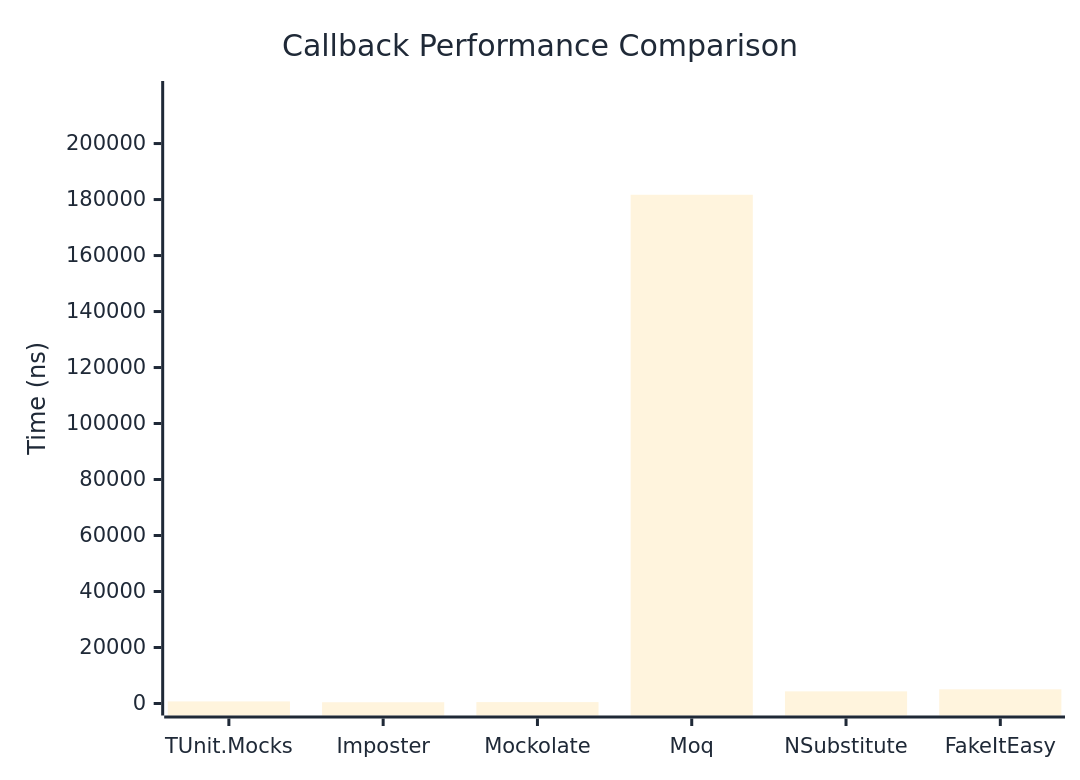
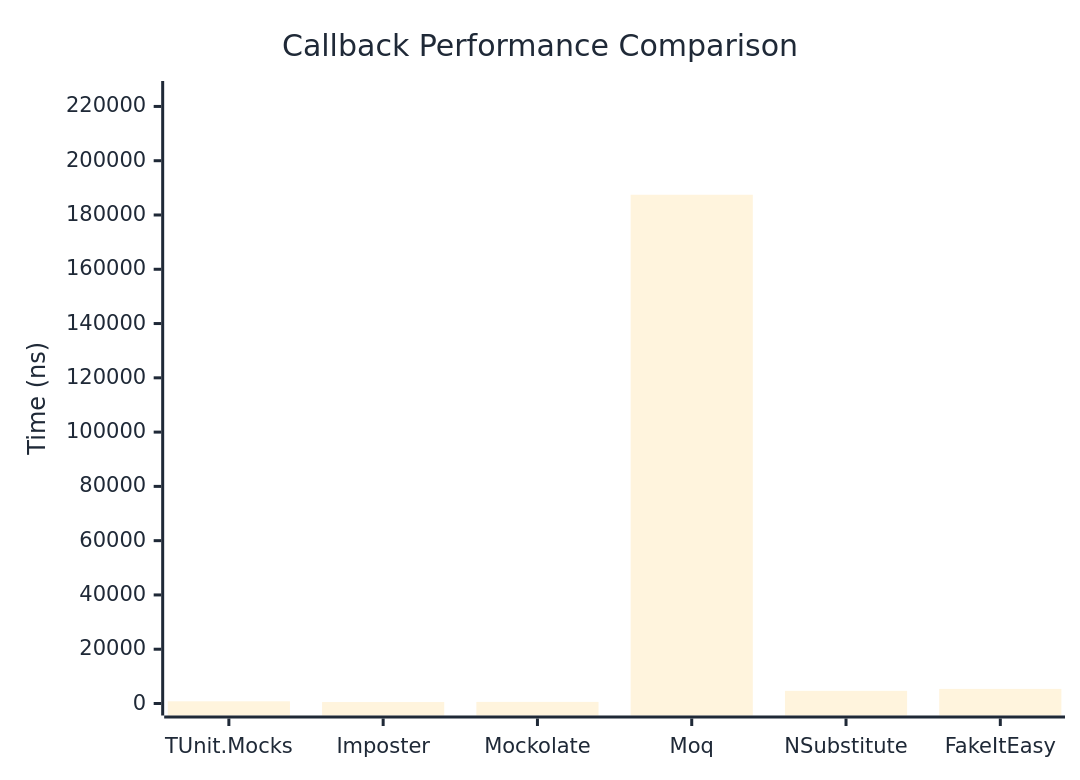
Before and after one commit to thomhurst/TUnit: the first of 2 diagrams in docs/docs/benchmarks/mocks/Callback.md, drawn with Mermaid. The commit also changed other lines of this file and 13 other files, not shown here.

````diff
--- a/docs/docs/benchmarks/mocks/Callback.md
+++ b/docs/docs/benchmarks/mocks/Callback.md
@@ -28,27 +28,27 @@
 ```mermaid
 %%{init: {
   'theme':'base',
   'themeVariables': {
     'primaryColor': '#2563eb',
     'primaryTextColor': '#1f2937',
     'primaryBorderColor': '#1e40af',
     'lineColor': '#6b7280',
     'secondaryColor': '#7c3aed',
     'tertiaryColor': '#dc2626',
     'background': '#ffffff',
     'pie1': '#2563eb',
     'pie2': '#7c3aed',
     'pie3': '#dc2626',
     'pie4': '#f59e0b',
     'pie5': '#10b981',
     'pie6': '#06b6d4',
     'pie7': '#ec4899',
     'pie8': '#6366f1'
   }
 }}%%
 xychart-beta
   title "Callback Performance Comparison"
   x-axis ["TUnit.Mocks", "Imposter", "Mockolate", "Moq", "NSubstitute", "FakeItEasy"]
-  y-axis "Time (ns)" 0 --> 218057
-  bar [746.9, 448.2, 496.4, 181713.4, 4340, 5064.1]
+  y-axis "Time (ns)" 0 --> 224951
+  bar [809.8, 538.4, 582.6, 187458.7, 4664.1, 5376.9]
 ```
````
